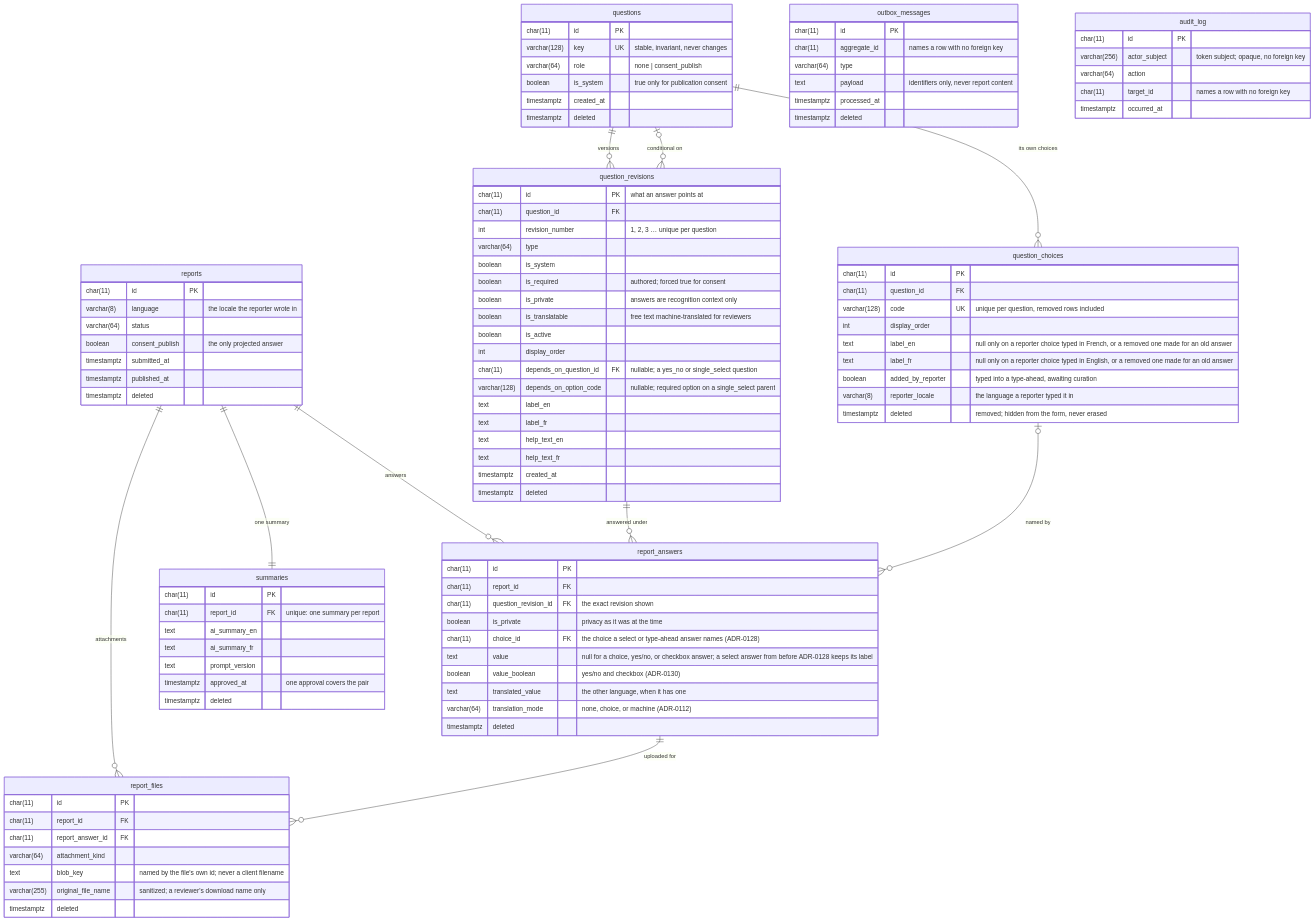
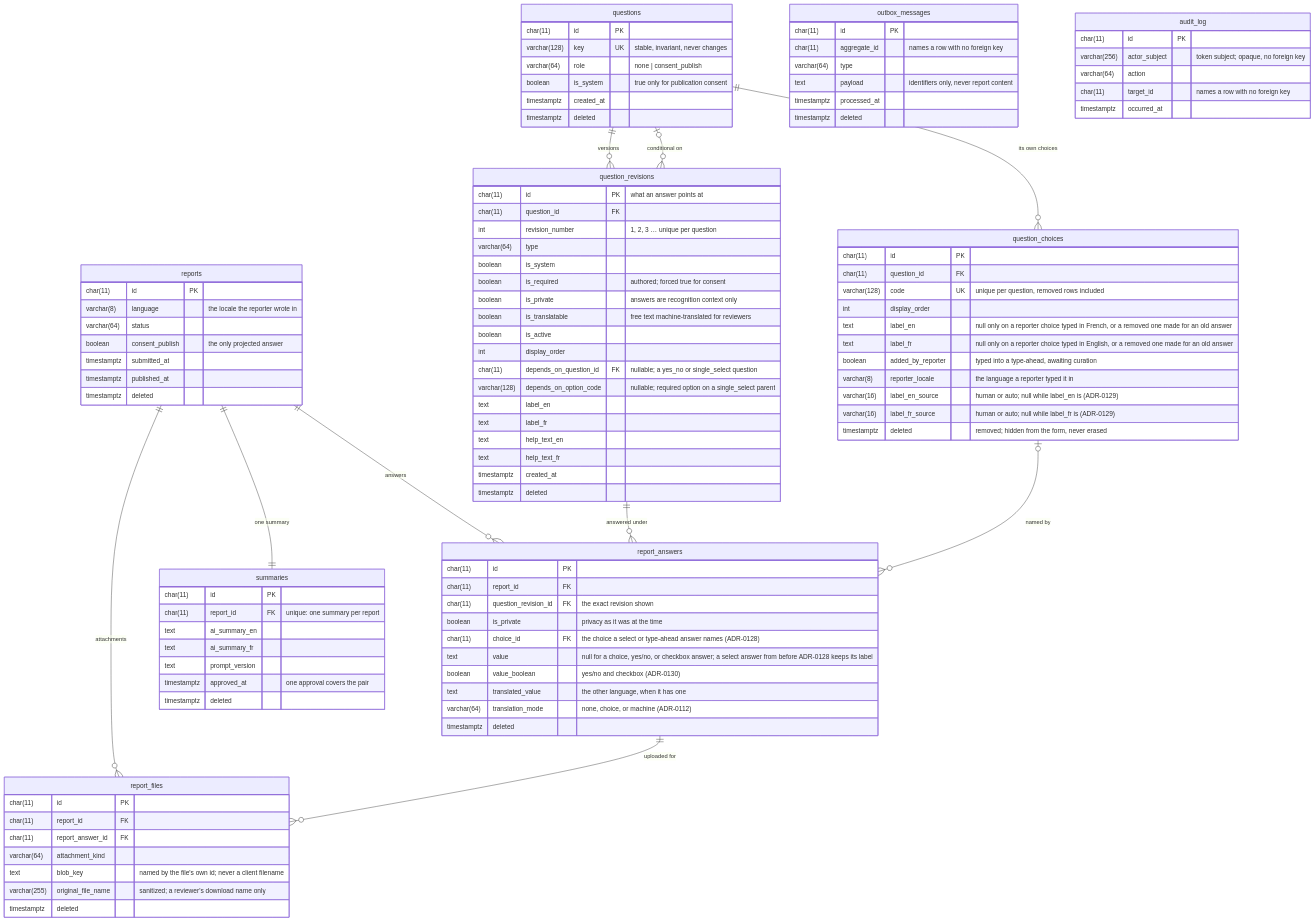
The diagram in src/HpacSafety.Infrastructure/Persistence/Migrations/README.md (HPAC-Safety/safety-report), drawn with Mermaid before and after one commit. The commit also changed other lines of this file and 19 other files, not shown here.

```diff
--- a/src/HpacSafety.Infrastructure/Persistence/Migrations/README.md
+++ b/src/HpacSafety.Infrastructure/Persistence/Migrations/README.md
@@ -102,6 +102,8 @@
         text label_fr "null only on a reporter choice typed in English, or a removed one made for an old answer"
         boolean added_by_reporter "typed into a type-ahead, awaiting curation"
         varchar(8) reporter_locale "the language a reporter typed it in"
+        varchar(16) label_en_source "human or auto; null while label_en is (ADR-0129)"
+        varchar(16) label_fr_source "human or auto; null while label_fr is (ADR-0129)"
         timestamptz deleted "removed; hidden from the form, never erased"
     }
 
```
